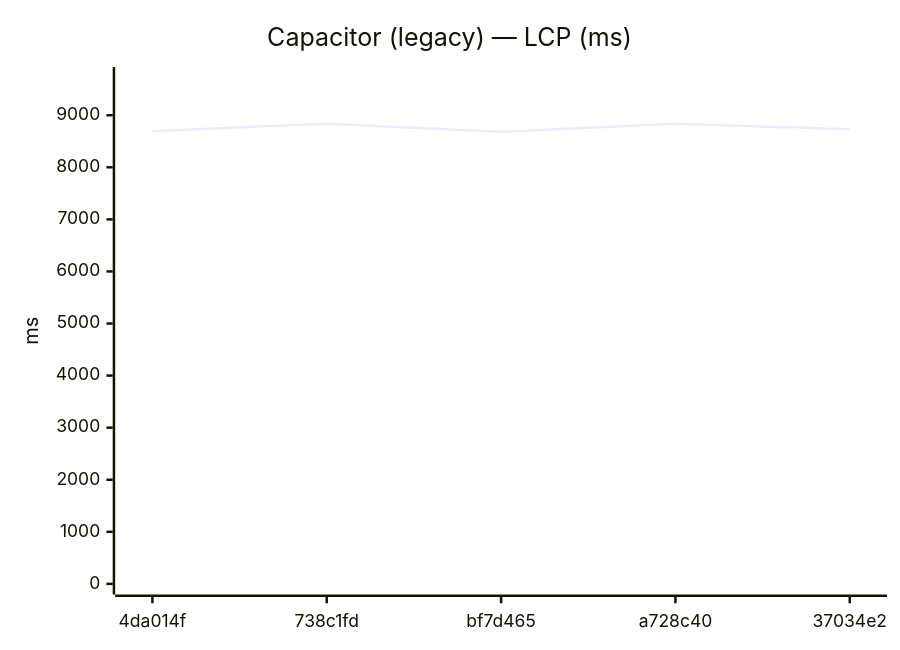
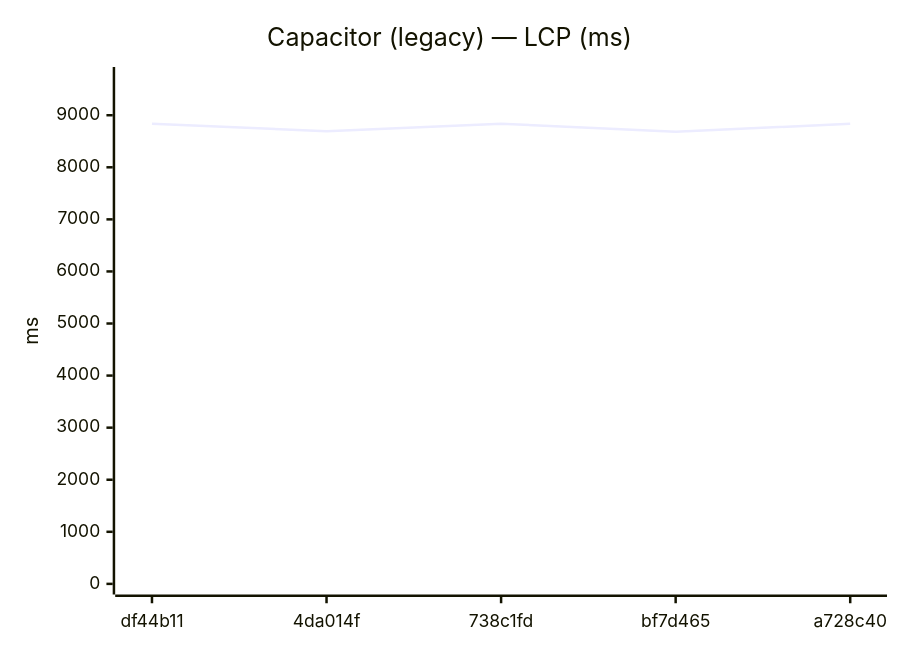
Diagram 13 of 24 in benchmarks/compare.md (Metaheurist/Rianell), drawn with Mermaid before and after one commit. The commit also changed other lines of this file and 12 other files, not shown here.

````diff
--- a/benchmarks/compare.md
+++ b/benchmarks/compare.md
@@ -194,7 +194,7 @@
 ```mermaid
 xychart-beta
     title "Capacitor (legacy) — LCP (ms)"
-    x-axis ["4da014f", "738c1fd", "bf7d465", "a728c40", "37034e2"]
+    x-axis ["df44b11", "4da014f", "738c1fd", "bf7d465", "a728c40"]
     y-axis "ms" 0 --> 9722
-    line [8693, 8838, 8681, 8837, 8731]
+    line [8838, 8693, 8838, 8681, 8837]
 ```
````
